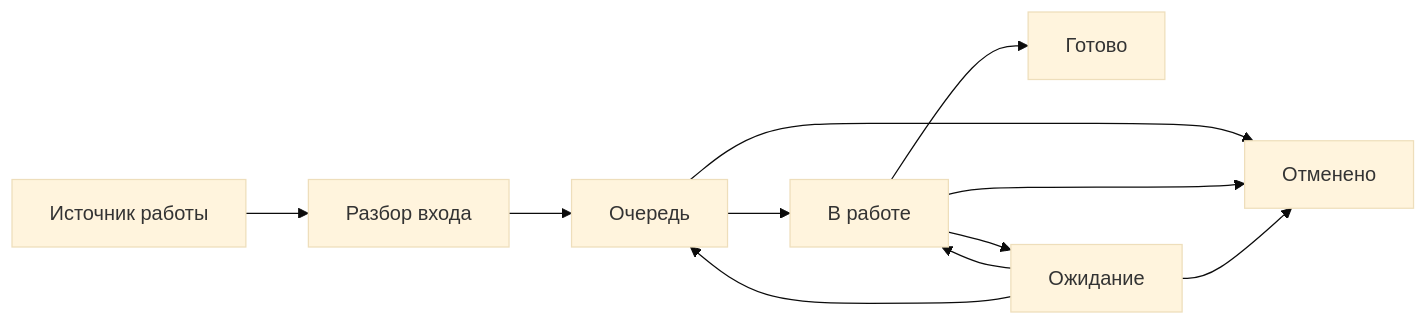
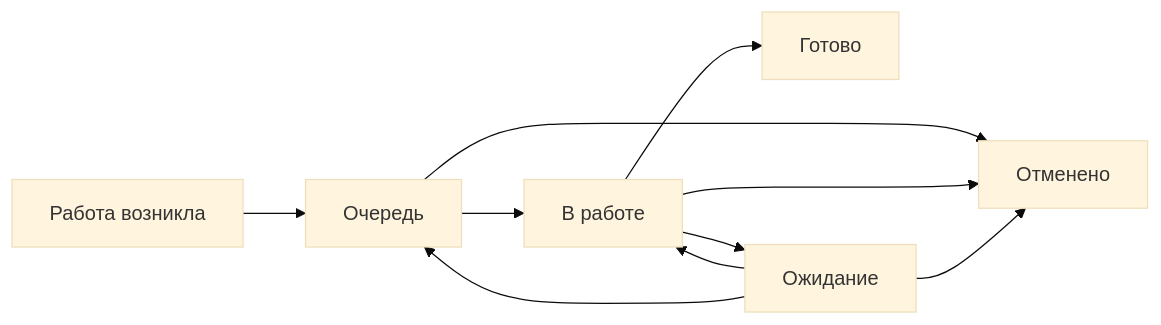
Before and after one commit to lazuale/department: the diagram in README.md, drawn with Mermaid (base theme). The commit also changed other lines of this file, not shown here.

````diff
--- a/README.md
+++ b/README.md
@@ -18,13 +9,12 @@
 ```mermaid
 flowchart LR
-    A[Источник работы] --> B[Разбор входа]
-    B --> C[Очередь]
-    C --> D[В работе]
-    D --> E[Готово]
-    D --> F[Ожидание]
-    F --> D
-    F --> C
-    C --> G[Отменено]
-    D --> G
-    F --> G
+    A[Работа возникла] --> B[Очередь]
+    B --> C[В работе]
+    C --> D[Готово]
+    C --> E[Ожидание]
+    E --> C
+    E --> B
+    B --> F[Отменено]
+    C --> F
+    E --> F
 ```
````
